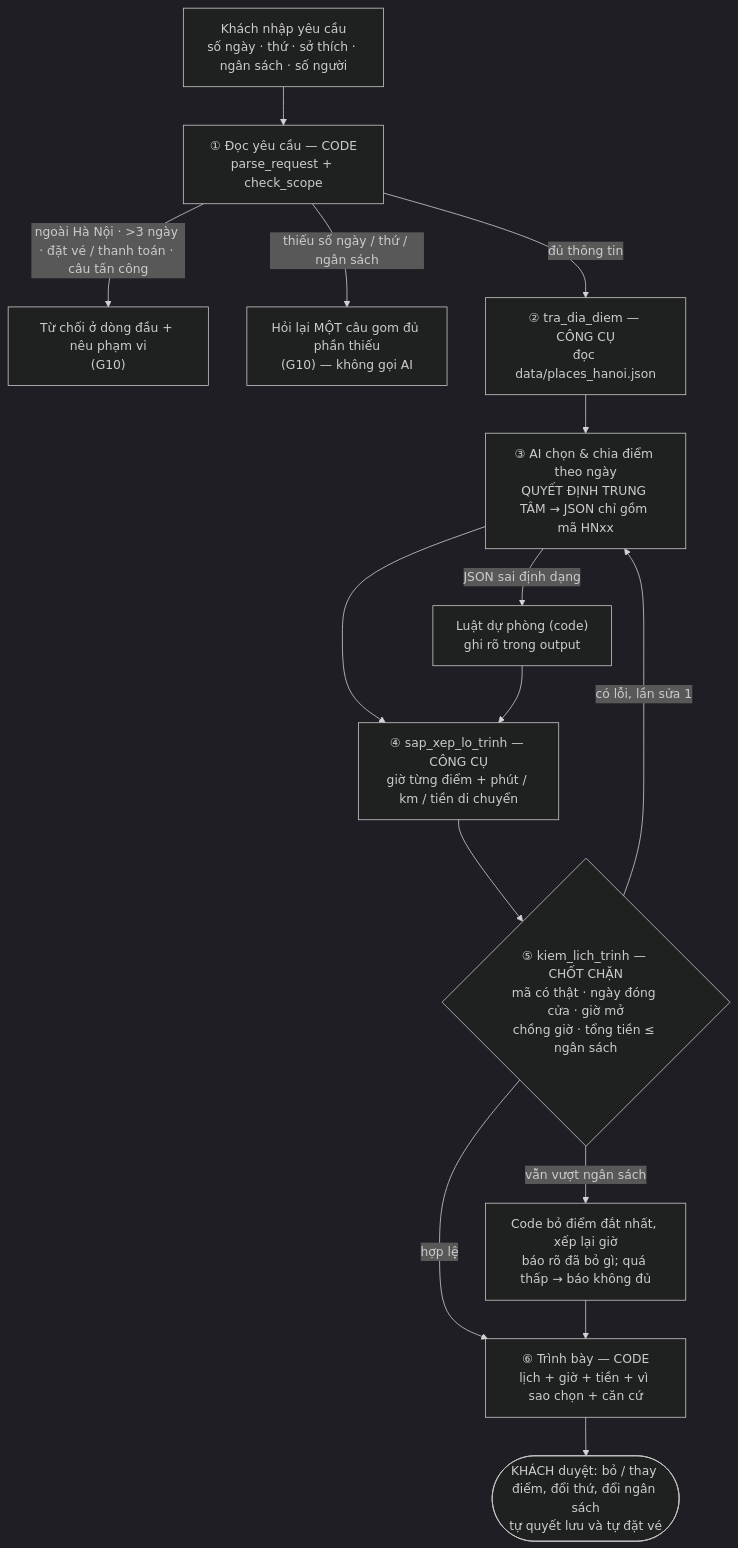
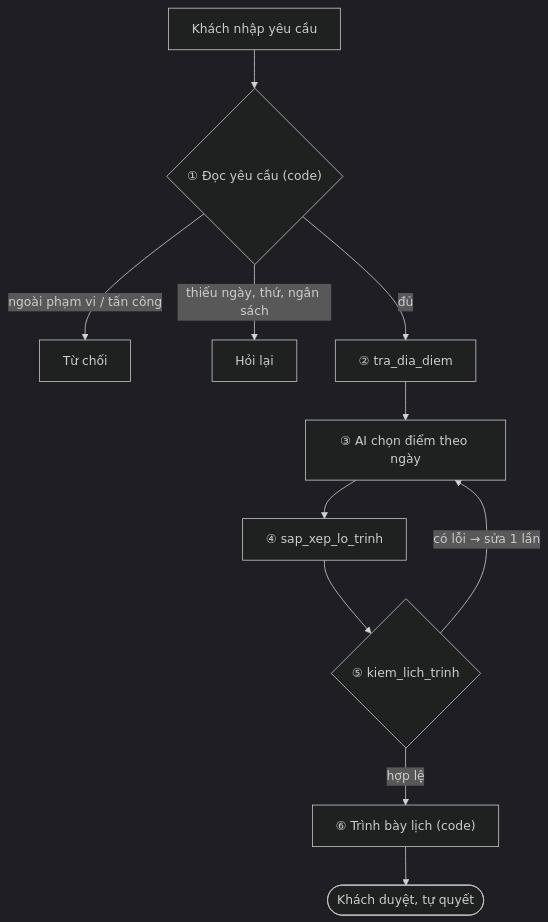
One commit to Teddyy1101/K5-Day15-L3A-NTTL changed the diagram in spec.md. Above: the diagram before and after it, drawn with Mermaid (dark theme). The commit also changed other lines of this file, not shown here.

Commit message:
Spec §4: shorten the Mermaid diagram

````diff
--- a/spec.md
+++ b/spec.md
@@ -54,17 +54,13 @@
 ```mermaid
 flowchart TD
-    U["Khách nhập yêu cầu<br/>số ngày · thứ · sở thích · ngân sách · số người"] --> P["① Đọc yêu cầu — CODE<br/>parse_request + check_scope"]
-    P -->|"ngoài Hà Nội · >3 ngày · đặt vé / thanh toán · câu tấn công"| R["Từ chối ở dòng đầu + nêu phạm vi<br/>(G10)"]
-    P -->|"thiếu số ngày / thứ / ngân sách"| Q["Hỏi lại MỘT câu gom đủ phần thiếu<br/>(G10) — không gọi AI"]
-    P -->|"đủ thông tin"| T1["② tra_dia_diem — CÔNG CỤ<br/>đọc data/places_hanoi.json"]
-    T1 --> AI["③ AI chọn & chia điểm theo ngày<br/>QUYẾT ĐỊNH TRUNG TÂM → JSON chỉ gồm mã HNxx"]
-    AI -->|"JSON sai định dạng"| FB["Luật dự phòng (code)<br/>ghi rõ trong output"]
-    AI --> B["④ sap_xep_lo_trinh — CÔNG CỤ<br/>giờ từng điểm + phút / km / tiền di chuyển"]
-    FB --> B
-    B --> K{"⑤ kiem_lich_trinh — CHỐT CHẶN<br/>mã có thật · ngày đóng cửa · giờ mở<br/>chồng giờ · tổng tiền ≤ ngân sách"}
-    K -->|"có lỗi, lần sửa 1"| AI
-    K -->|"vẫn vượt ngân sách"| TB["Code bỏ điểm đắt nhất, xếp lại giờ<br/>báo rõ đã bỏ gì; quá thấp → báo không đủ"]
-    K -->|"hợp lệ"| O["⑥ Trình bày — CODE<br/>lịch + giờ + tiền + vì sao chọn + căn cứ"]
-    TB --> O
-    O --> H(["KHÁCH duyệt: bỏ / thay điểm, đổi thứ, đổi ngân sách<br/>tự quyết lưu và tự đặt vé"])
+    U["Khách nhập yêu cầu"] --> P{"① Đọc yêu cầu (code)"}
+    P -->|"ngoài phạm vi / tấn công"| R["Từ chối"]
+    P -->|"thiếu ngày, thứ, ngân sách"| Q["Hỏi lại"]
+    P -->|"đủ"| T["② tra_dia_diem"]
+    T --> AI["③ AI chọn điểm theo ngày"]
+    AI --> S["④ sap_xep_lo_trinh"]
+    S --> K{"⑤ kiem_lich_trinh"}
+    K -->|"có lỗi → sửa 1 lần"| AI
+    K -->|"hợp lệ"| O["⑥ Trình bày lịch (code)"]
+    O --> H(["Khách duyệt, tự quyết"])
 ```
````
